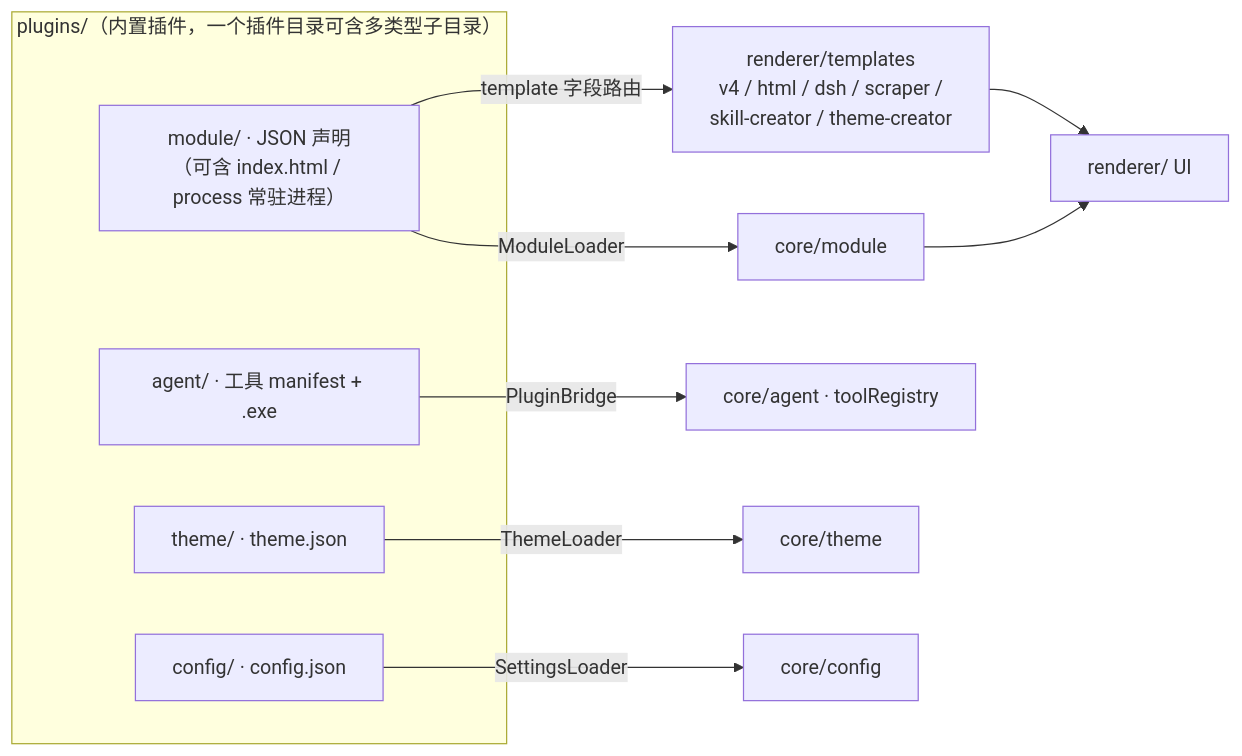
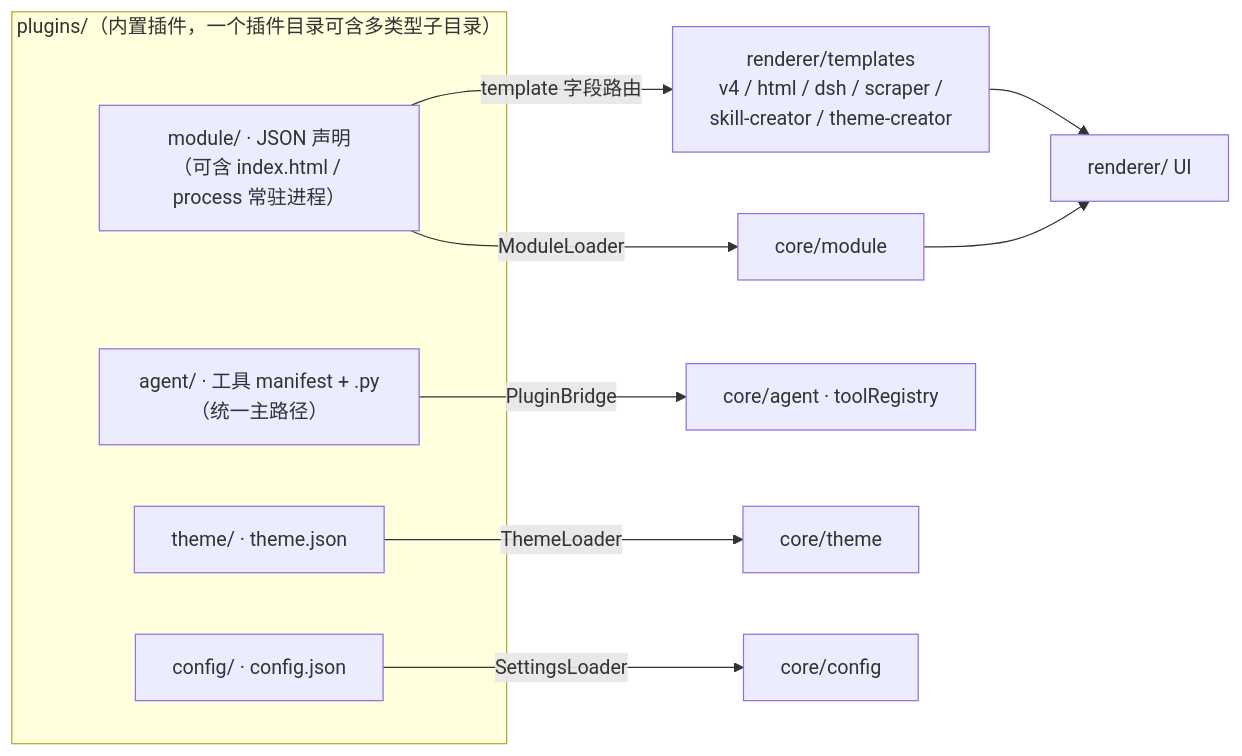
Before and after one commit to lybx-leyw/evergreen-main: the diagram in evg-base/plugins/README.md, drawn with Mermaid. The commit also changed other lines of this file and 106 other files, not shown here.

````diff
--- a/evg-base/plugins/README.md
+++ b/evg-base/plugins/README.md
@@ -11,16 +11,16 @@
 ```mermaid
 flowchart LR
     subgraph PLG["plugins/（内置插件，一个插件目录可含多类型子目录）"]
         M["module/ · JSON 声明<br/>（可含 index.html / process 常驻进程）"]
-        A["agent/ · 工具 manifest + .exe"]
+        A["agent/ · 工具 manifest + .py（统一主路径）"]
         T["theme/ · theme.json"]
         C["config/ · config.json"]
     end
     M -->|"template 字段路由"| R["renderer/templates<br/>v4 / html / dsh / scraper /<br/>skill-creator / theme-creator"]
     M -->|ModuleLoader| CM["core/module"]
     A -->|PluginBridge| CA["core/agent · toolRegistry"]
     T -->|ThemeLoader| CT["core/theme"]
     C -->|SettingsLoader| CC["core/config"]
     R --> UI["renderer/ UI"]
     CM --> UI
 ```
````
